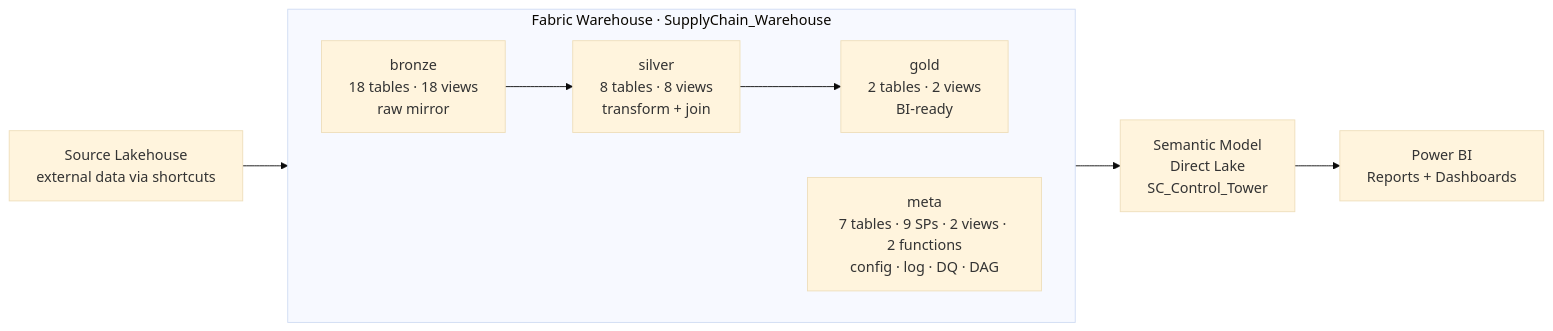
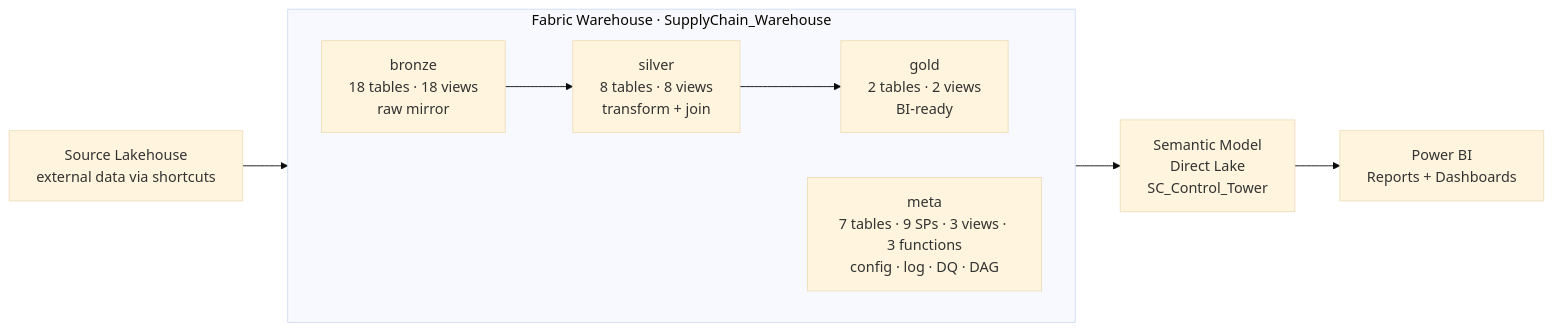
The first of 9 diagrams in README.md (ankinguyen-engineer-2002/Fabric-v9-Warehouse-Medallion), drawn with Mermaid (base theme) before and after one commit. The commit also changed other lines of this file and 2 other files, not shown here.

````diff
--- a/README.md
+++ b/README.md
@@ -37,17 +37,17 @@
 ```mermaid
 flowchart LR
     SRC["Source Lakehouse\nexternal data via shortcuts"]
 
     subgraph WH["Fabric Warehouse · SupplyChain_Warehouse"]
         direction LR
         B["bronze\n18 tables · 18 views\nraw mirror"]
         S["silver\n8 tables · 8 views\ntransform + join"]
         G["gold\n2 tables · 2 views\nBI-ready"]
-        M["meta\n7 tables · 9 SPs · 2 views · 2 functions\nconfig · log · DQ · DAG"]
+        M["meta\n7 tables · 9 SPs · 3 views · 3 functions\nconfig · log · DQ · DAG"]
         B --> S --> G
     end
 
     SRC --> B
     G --> SM["Semantic Model\nDirect Lake\nSC_Control_Tower"]
     SM --> PBI["Power BI\nReports + Dashboards"]
 ```
````
